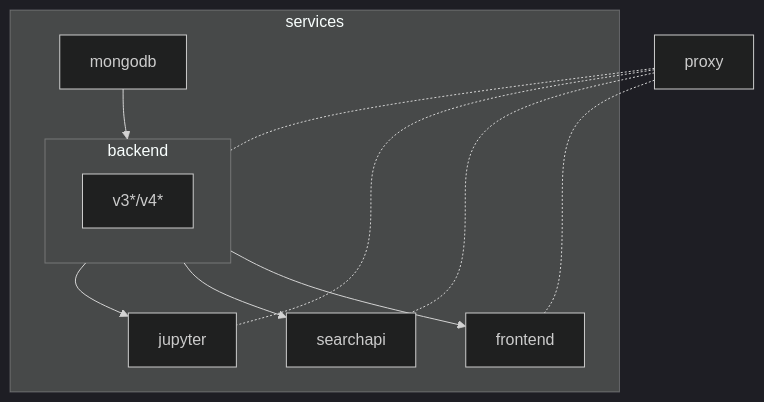
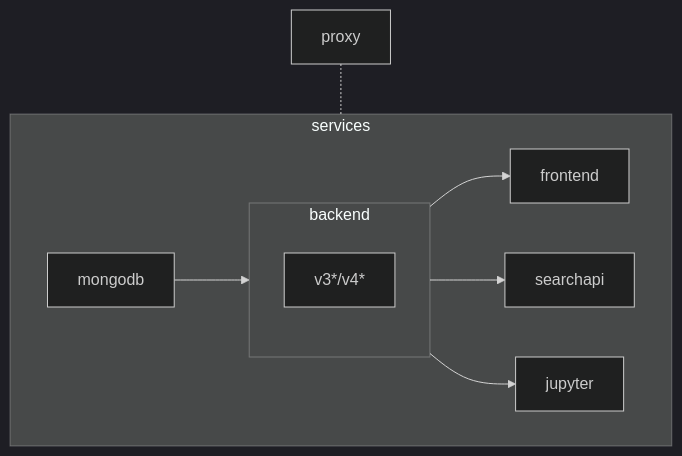
Before and after one commit to SciCatProject/scicatlive: the diagram in README.md, drawn with Mermaid (dark theme). The commit also changed other lines of this file and 8 other files, not shown here.

````diff
--- a/README.md
+++ b/README.md
@@ -61,17 +61,14 @@
 ```mermaid
 graph TD
    subgraph services
       subgraph backend
          backends[v3*/v4*]
       end
       mongodb --> backend
       backend --> frontend
       backend --> searchapi
       backend --> jupyter
    end
 
-   proxy -.- backend
-   proxy -.- frontend
-   proxy -.- searchapi
-   proxy -.- jupyter
+   proxy -.- services
 ```
````
